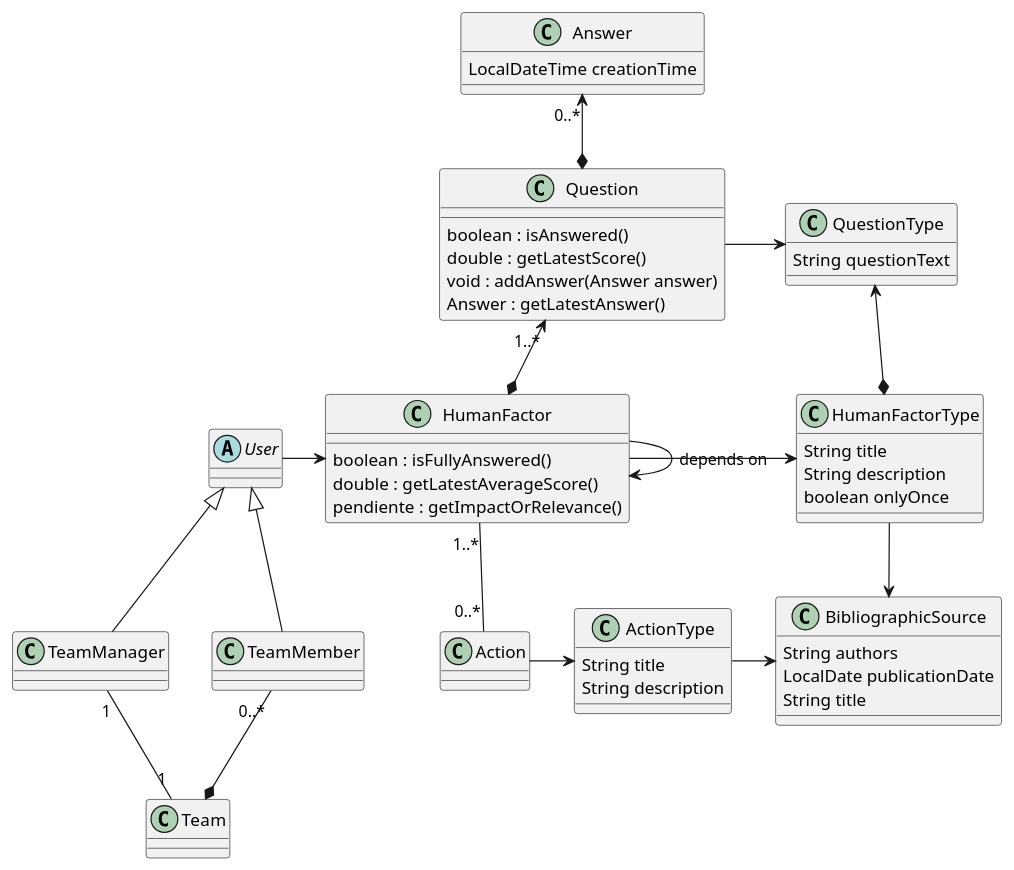
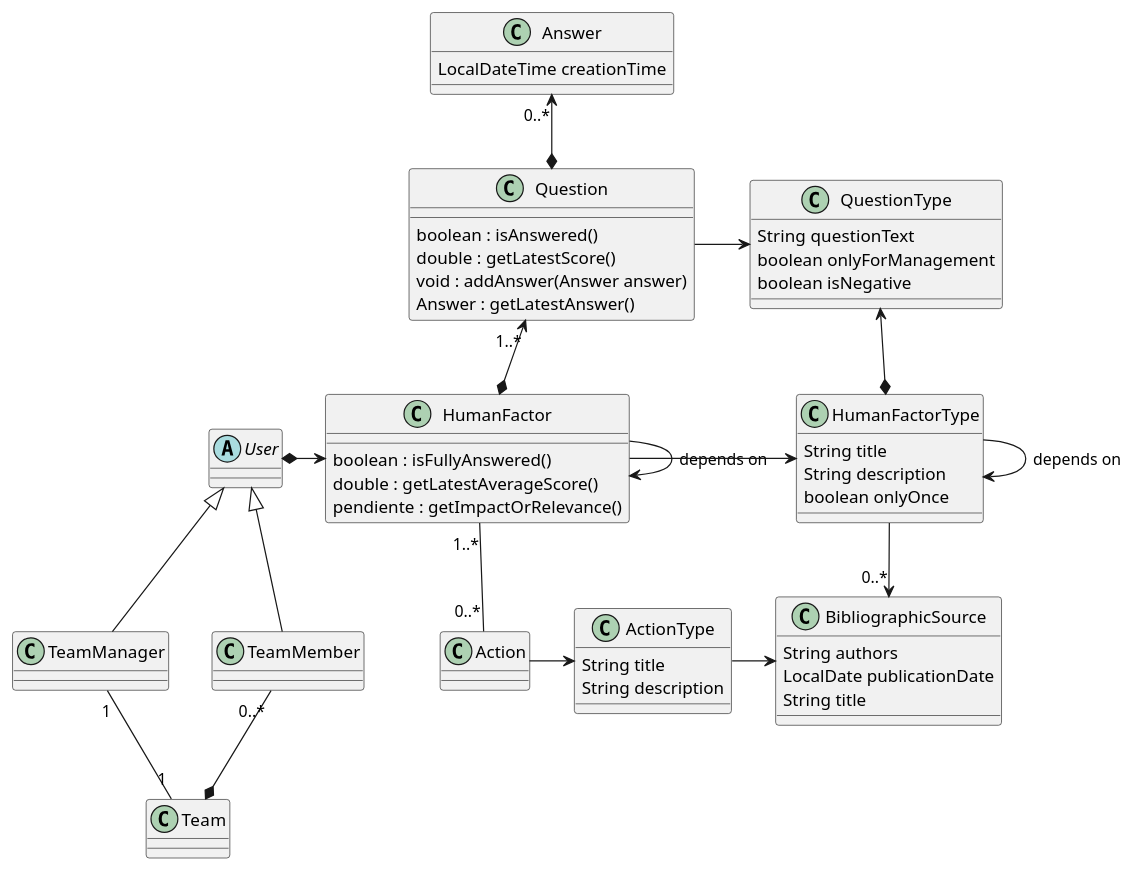
The diagram in classDiagram.wsd (suken27/human-factors-java), drawn with PlantUML before and after one commit. The commit also changed 14 other files, not shown here.

```diff
--- a/classDiagram.wsd
+++ b/classDiagram.wsd
@@ -1,58 +1,61 @@
 @startuml
 class HumanFactor {
     boolean : isFullyAnswered()
     double : getLatestAverageScore()
     pendiente : getImpactOrRelevance()
 }
 class HumanFactorType {
     String title
     String description
     boolean onlyOnce
 }
 class Action {
     
 }
 class ActionType {
     String title
     String description
 }
 class Question {
     boolean : isAnswered()
     double : getLatestScore()
     void : addAnswer(Answer answer)
     Answer : getLatestAnswer()
 }
 class QuestionType {
     String questionText
+    boolean onlyForManagement
+    boolean isNegative
 }
 abstract class User
 class Answer {
     LocalDateTime creationTime
 }
 class TeamMember
 class TeamManager
 class BibliographicSource {
     String authors
     LocalDate publicationDate
     String title
 }
 class Team {
 
 }
 
 Answer "0..*" <--*  Question
 Question "1..*" <-* HumanFactor
 Question -> QuestionType
 HumanFactor "1..*" -- "0..*" Action
 HumanFactor --> HumanFactor : depends on
 HumanFactor -> HumanFactorType
 User <|-- TeamMember
 User <|-- TeamManager
 TeamMember "0..*" --* Team
 TeamManager "1" -- "1" Team
 ActionType -> BibliographicSource
 Action -> ActionType
-HumanFactorType --> BibliographicSource
+HumanFactorType --> "0..*" BibliographicSource
+HumanFactorType -> HumanFactorType : depends on
 QuestionType <--* HumanFactorType
-User -> HumanFactor
+User *-> HumanFactor
 @enduml
```
